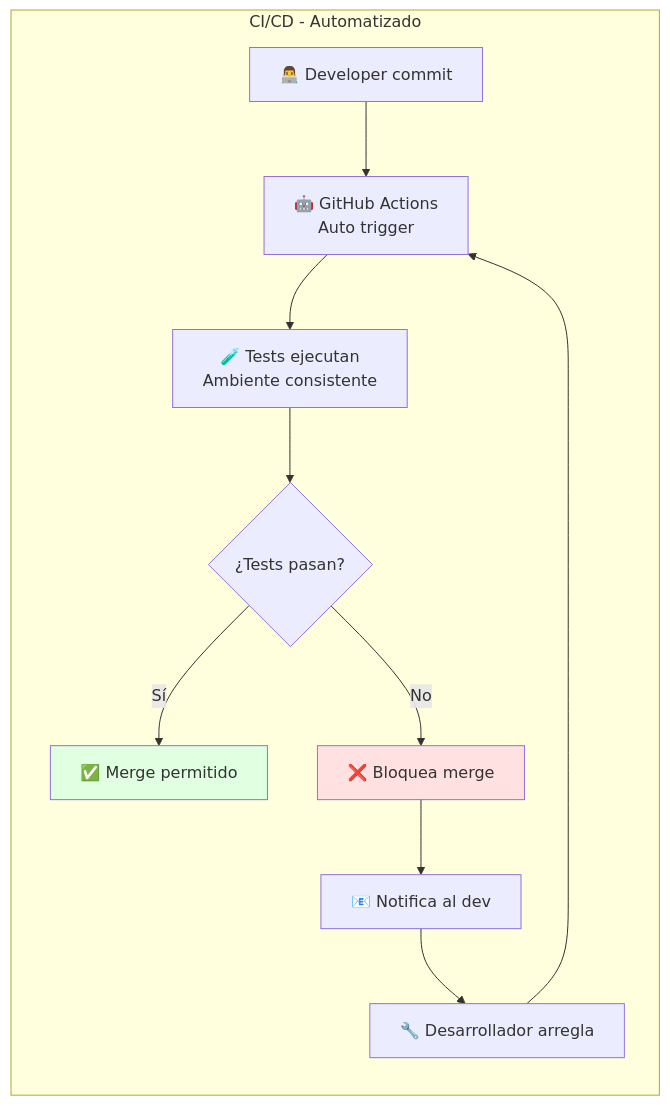
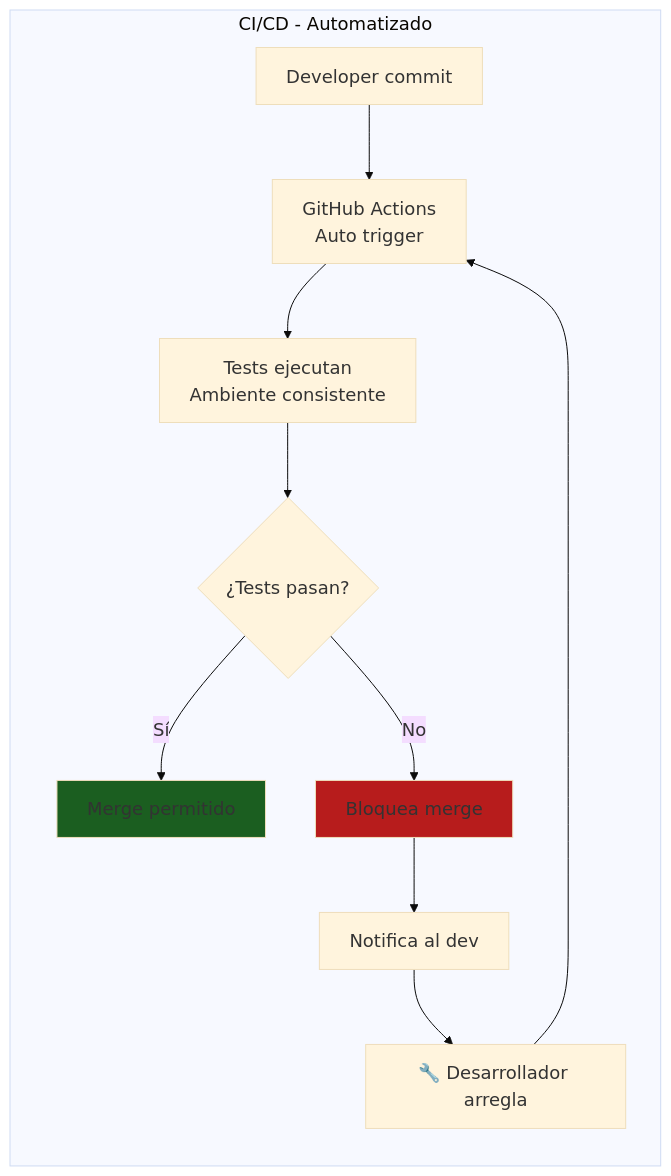
Before and after one commit to Ai-Whisperers/Courses-Content: the second of 16 diagrams in courses/🟡-development/FPUNA-2026/01-DESARROLLO-SOFTWARE/especializaciones/qa-automation/04-integracion-ci-cd.md, drawn with Mermaid. The commit also changed other lines of this file and 47 other files, not shown here.

First line of the commit message:
fix: Make all 473 diagrams WCAG AAA accessible (FPUNA-2026)

````diff
--- a/courses/🟡-development/FPUNA-2026/01-DESARROLLO-SOFTWARE/especializaciones/qa-automation/04-integracion-ci-cd.md
+++ b/courses/🟡-development/FPUNA-2026/01-DESARROLLO-SOFTWARE/especializaciones/qa-automation/04-integracion-ci-cd.md
@@ -68,25 +69,26 @@
 ```mermaid
+%%{init: {'theme':'base', 'themeVariables': {'fontSize':'18px'}}}%%
 graph LR
     subgraph "CI/CD - Automatizado"
-        A[👨‍💻 Developer commit]
-        B[🤖 GitHub Actions<br/>Auto trigger]
-        C[🧪 Tests ejecutan<br/>Ambiente consistente]
+        A[Developer commit]
+        B[GitHub Actions<br/>Auto trigger]
+        C[Tests ejecutan<br/>Ambiente consistente]
         D{¿Tests pasan?}
-        E[✅ Merge permitido]
-        F[❌ Bloquea merge]
-        G[📧 Notifica al dev]
+        E[Merge permitido]
+        F[Bloquea merge]
+        G[Notifica al dev]
         H[🔧 Desarrollador arregla]
         
         A --> B
         B --> C
         C --> D
         D -->|Sí| E
         D -->|No| F
         F --> G
         G --> H
         H --> B
     end
     
-    style E fill:#E1FFE1
-    style F fill:#FFE1E1
+    style E fill:#1b5e20
+    style F fill:#b71c1c
 ```
````
